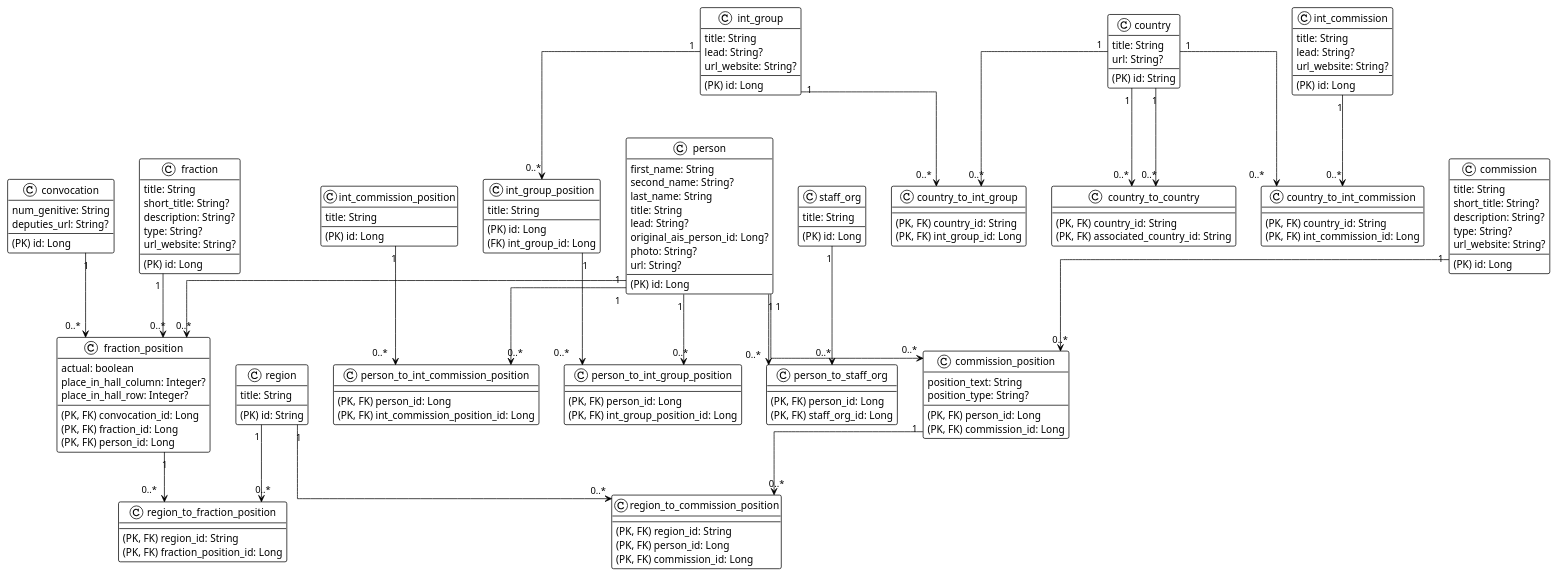
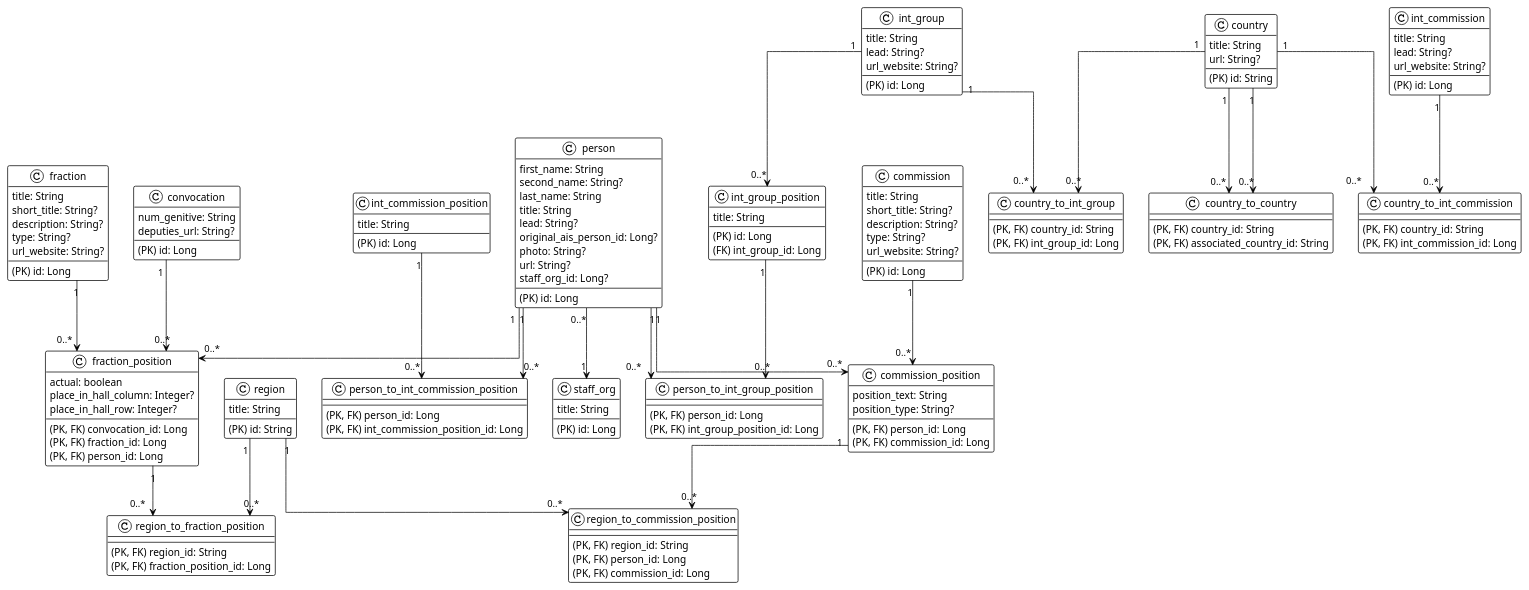
One commit to artemkaxboy/playground changed the diagram in gov/db-schema/src/main/kotlin/com/artemkaxboy/playground/gov/dumagovru/entity/database.puml. Above: the diagram before and after it, drawn with PlantUML. The commit also changed 6 other files, not shown here.

Commit message:
StaffOrg added

```diff
--- a/gov/db-schema/src/main/kotlin/com/artemkaxboy/playground/gov/dumagovru/entity/database.puml
+++ b/gov/db-schema/src/main/kotlin/com/artemkaxboy/playground/gov/dumagovru/entity/database.puml
@@ -1,195 +1,188 @@
 @startuml
 !theme plain
 top to bottom direction
 skinparam linetype ortho
 
 class person {
    (PK) id: Long
    first_name: String
    second_name: String?
    last_name: String
    title: String
    lead: String?
    original_ais_person_id: Long?
    photo: String?
    url: String?
+   staff_org_id: Long?
 }
 
 class commission {
    (PK) id: Long
    title: String
    short_title: String?
    description: String?
    type: String?
    url_website: String?
 }
 
 class commission_position {
    (PK, FK) person_id: Long
    (PK, FK) commission_id: Long
    position_text: String
    position_type: String?
 }
 
 'main .(delete cascade). secondary
 'deletePerson_deletesAssociatedCommissionPosition
 person                "1" -[#000000,plain]-> "0..*"  commission_position
 'deleteCommission_deletesAssociatedCommissionPosition
 commission            "1" -[#000000,plain]-> "0..*"  commission_position
 
 class region {
    (PK) id: String
    title: String
 }
 
 class region_to_commission_position {
    (PK, FK) region_id: String
    (PK, FK) person_id: Long
    (PK, FK) commission_id: Long
 }
 
 'deleteRegion_deletesAssociatedRegionToCommissionPosition
 region               "1" -[#000000,plain]-> "0..*"  region_to_commission_position
 'deleteCommissionPosition_deletesAssociatedRegionToCommissionPosition
 commission_position  "1" -[#000000,plain]-> "0..*"  region_to_commission_position
 
 class convocation {
    (PK) id: Long
    num_genitive: String
    deputies_url: String?
 }
 
 class fraction {
    (PK) id: Long
    title: String
    short_title: String?
    description: String?
    type: String?
    url_website: String?
 }
 
 class fraction_position {
    (PK, FK) convocation_id: Long
    (PK, FK) fraction_id: Long
    (PK, FK) person_id: Long
    actual: boolean
    place_in_hall_column: Integer?
    place_in_hall_row: Integer?
 }
 
 'deleteConvocation_deletesAssociatedFractionPosition
 convocation           "1" -[#000000,plain]-> "0..*"  fraction_position
 'deleteFraction_deletesAssociatedFractionPosition
 fraction              "1" -[#000000,plain]-> "0..*"  fraction_position
 'deletePerson_deletesAssociatedFractionPosition
 person                "1" -[#000000,plain]-> "0..*"  fraction_position
 
 class region_to_fraction_position {
     (PK, FK) region_id: String
     (PK, FK) fraction_position_id: Long
 }
 
 'deleteRegion_deletesAssociatedRegionToFractionPosition
 region               "1" -[#000000,plain]-> "0..*"  region_to_fraction_position
 'deleteFractionPosition_deletesAssociatedRegionToFractionPosition
 fraction_position    "1" -[#000000,plain]-> "0..*"  region_to_fraction_position
 
 class country {
    (PK) id: String
    title: String
    url: String?
 }
 
 class country_to_country {
    (PK, FK) country_id: String
    (PK, FK) associated_country_id: String
 }
 
 'deleteCountry_deletesAssociatedCountryToCountryFrom
 country               "1" -[#000000,plain]-> "0..*"  country_to_country
 'deleteCountry_deletesAssociatedCountryToCountryTo
 country               "1" -[#000000,plain]-> "0..*"  country_to_country
 
 class int_commission {
    (PK) id: Long
    title: String
    lead: String?
    url_website: String?
 }
 
 class country_to_int_commission {
    (PK, FK) country_id: String
    (PK, FK) int_commission_id: Long
 }
 
 'deleteCountry_deletesAssociatedCountryToIntCommission
 country               "1" -[#000000,plain]-> "0..*"  country_to_int_commission
 'deleteIntCommission_deletesAssociatedCountryToIntCommission
 int_commission        "1" -[#000000,plain]-> "0..*"  country_to_int_commission
 
 class int_commission_position {
    (PK) id: Long
    title: String
 }
 class person_to_int_commission_position {
    (PK, FK) person_id: Long
    (PK, FK) int_commission_position_id: Long
 }
 
 'deletePerson_deletesAssociatedPersonToIntCommissionPosition
 person                  "1" -[#000000,plain]-> "0..*"  person_to_int_commission_position
 'deleteIntCommissionPosition_deletesAssociatedPersonToIntCommissionPosition
 int_commission_position "1" -[#000000,plain]-> "0..*"  person_to_int_commission_position
 
 class int_group {
    (PK) id: Long
    title: String
    lead: String?
    url_website: String?
 }
 
 class country_to_int_group {
    (PK, FK) country_id: String
    (PK, FK) int_group_id: Long
 }
 
 'deleteCountry_deletesAssociatedCountryToIntGroup
 country               "1" -[#000000,plain]-> "0..*"  country_to_int_group
 'deleteIntGroup_deletesAssociatedCountryToIntGroup
 int_group             "1" -[#000000,plain]-> "0..*"  country_to_int_group
 
 class int_group_position {
    (PK) id: Long
    (FK) int_group_id: Long
    title: String
 }
 
 'deleteIntGroup_deletesAssociatedIntGroupPosition
 int_group             "1" -[#000000,plain]-> "0..*"  int_group_position
 
 class person_to_int_group_position {
    (PK, FK) person_id: Long
    (PK, FK) int_group_position_id: Long
 }
 
 'deletePerson_deletesAssociatedPersonToIntGroupPosition
 person                "1" -[#000000,plain]-> "0..*"  person_to_int_group_position
 'deleteIntGroupPosition_deletesAssociatedPersonToIntGroupPosition
 int_group_position    "1" -[#000000,plain]-> "0..*"  person_to_int_group_position
 
 class staff_org {
    (PK) id: Long
    title: String
 }
 
-class person_to_staff_org {
-   (PK, FK) person_id: Long
-   (PK, FK) staff_org_id: Long
-}
-
-'deletePerson_deletesAssociatedPersonToStaffOrg
-person                "1" -[#000000,plain]-> "0..*"  person_to_staff_org
-'deleteStaffOrg_deletesAssociatedPersonToStaffOrg
-staff_org             "1" -[#000000,plain]-> "0..*"  person_to_staff_org
+person                "0..*" -[#000000,plain]-> "1"  staff_org
 
 @enduml
```
